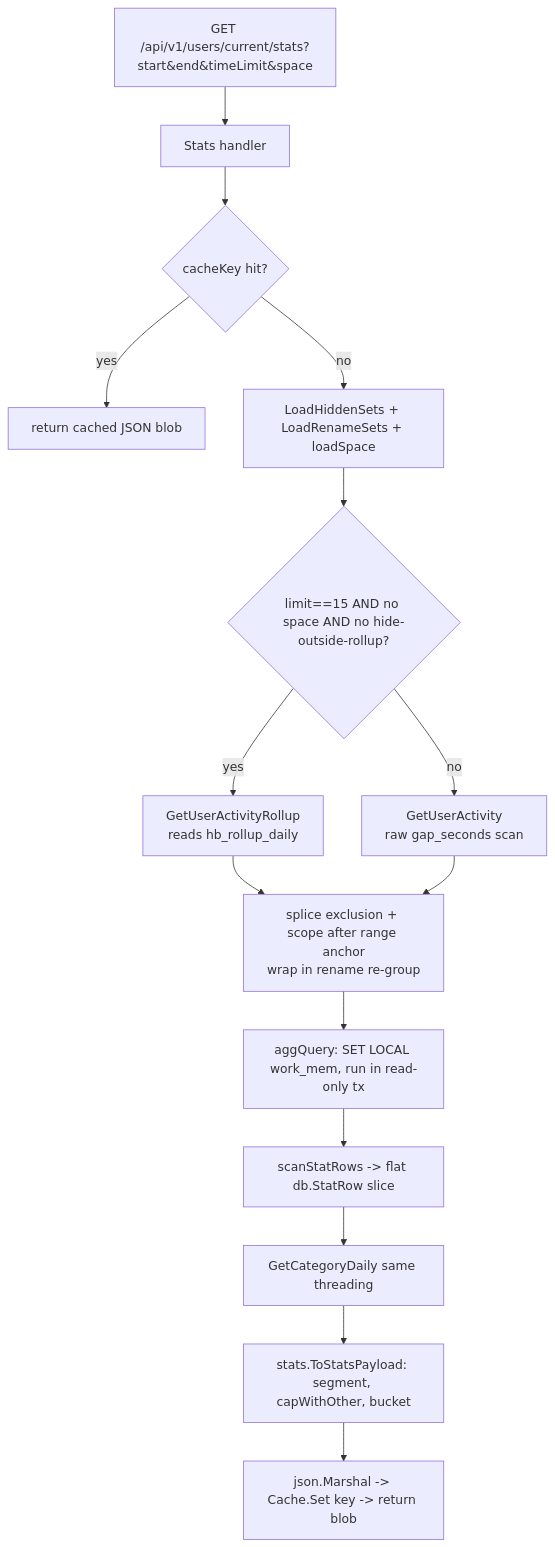
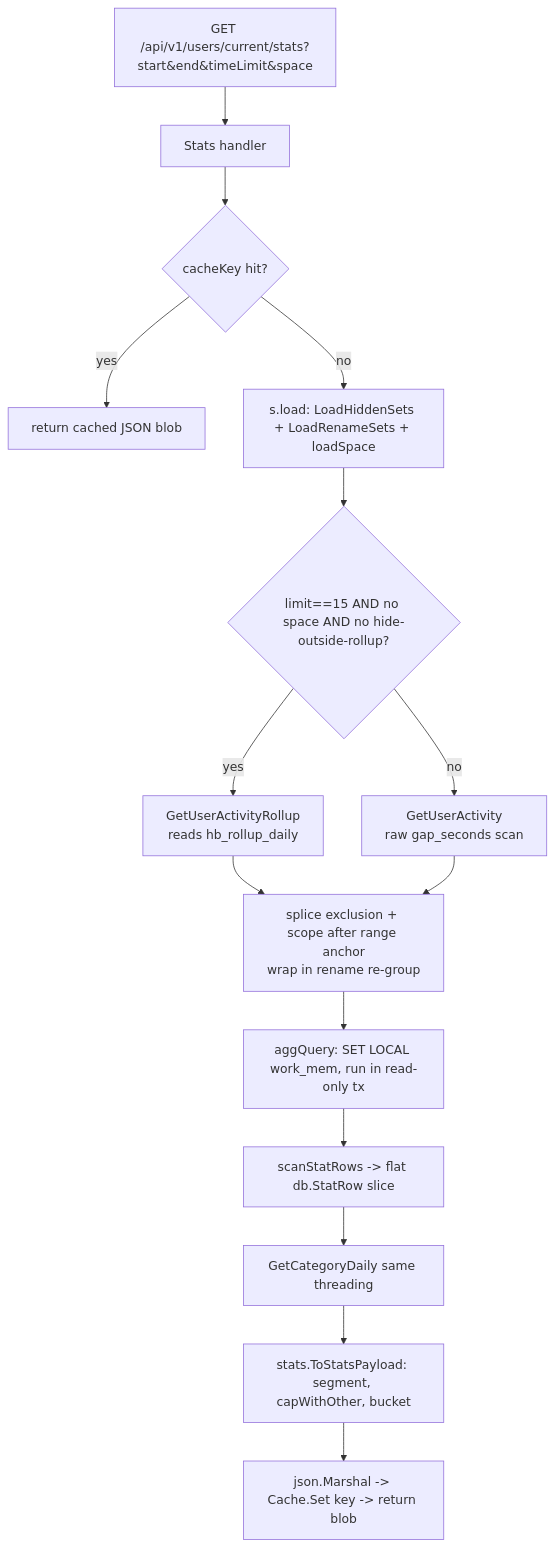
One commit to TheBranchDriftCatalyst/boomtime changed the sixth of 7 diagrams in docs/QUERY_ENGINE.md. Above: the diagram before and after it, drawn with Mermaid. The commit also changed other lines of this file, not shown here.

First line of the commit message:
docs(query-engine): add mermaid diagrams for the two-layer query construction

````diff
--- a/docs/QUERY_ENGINE.md
+++ b/docs/QUERY_ENGINE.md
@@ -453,17 +646,17 @@
 ```mermaid
 flowchart TD
     A[GET /api/v1/users/current/stats?start&end&timeLimit&space] --> B[Stats handler]
     B --> C{cacheKey hit?}
     C -- yes --> Z[return cached JSON blob]
-    C -- no --> D[LoadHiddenSets + LoadRenameSets + loadSpace]
-    D --> E{limit==15 AND no space AND no hide-outside-rollup?}
+    C -- no --> D["s.load: LoadHiddenSets + LoadRenameSets + loadSpace"]
+    D --> E{"limit==15 AND no space AND no hide-outside-rollup?"}
     E -- yes --> F[GetUserActivityRollup<br/>reads hb_rollup_daily]
     E -- no --> G[GetUserActivity<br/>raw gap_seconds scan]
     F --> H[splice exclusion + scope after range anchor<br/>wrap in rename re-group]
     G --> H
     H --> I[aggQuery: SET LOCAL work_mem, run in read-only tx]
     I --> J[scanStatRows -> flat db.StatRow slice]
     J --> K[GetCategoryDaily same threading]
     K --> L[stats.ToStatsPayload: segment, capWithOther, bucket]
     L --> M[json.Marshal -> Cache.Set key -> return blob]
 ```
````
